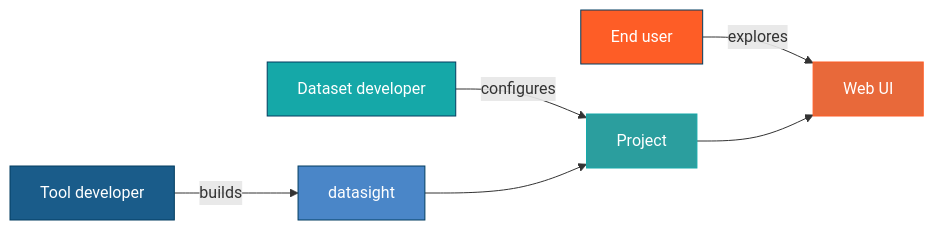
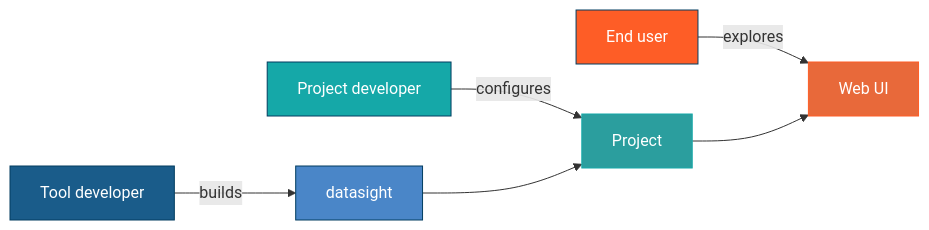
Before and after one commit to dsgrid/datasight: the diagram in docs/concepts/users-and-roles.md, drawn with Mermaid. The commit also changed other lines of this file and 25 other files, not shown here.

````diff
--- a/docs/concepts/users-and-roles.md
+++ b/docs/concepts/users-and-roles.md
@@ -6,15 +6,15 @@
 ```mermaid
 flowchart LR
     TD[Tool developer] -->|builds| DS[datasight]
-    DD[Dataset developer] -->|configures| PROJ[Project]
+    DD[Project developer] -->|configures| PROJ[Project]
     EU[End user] -->|explores| WEB[Web UI]
     DS --> PROJ
     PROJ --> WEB
 
     style TD fill:#1a5c8a,stroke:#023d60,color:#fff
     style DD fill:#15a8a8,stroke:#023d60,color:#fff
     style EU fill:#fe5d26,stroke:#023d60,color:#fff
     style DS fill:#4a86c8,stroke:#023d60,color:#fff
     style PROJ fill:#2b9e9e,stroke:#15a8a8,color:#fff
     style WEB fill:#e8693a,stroke:#fe5d26,color:#fff
 ```
````
